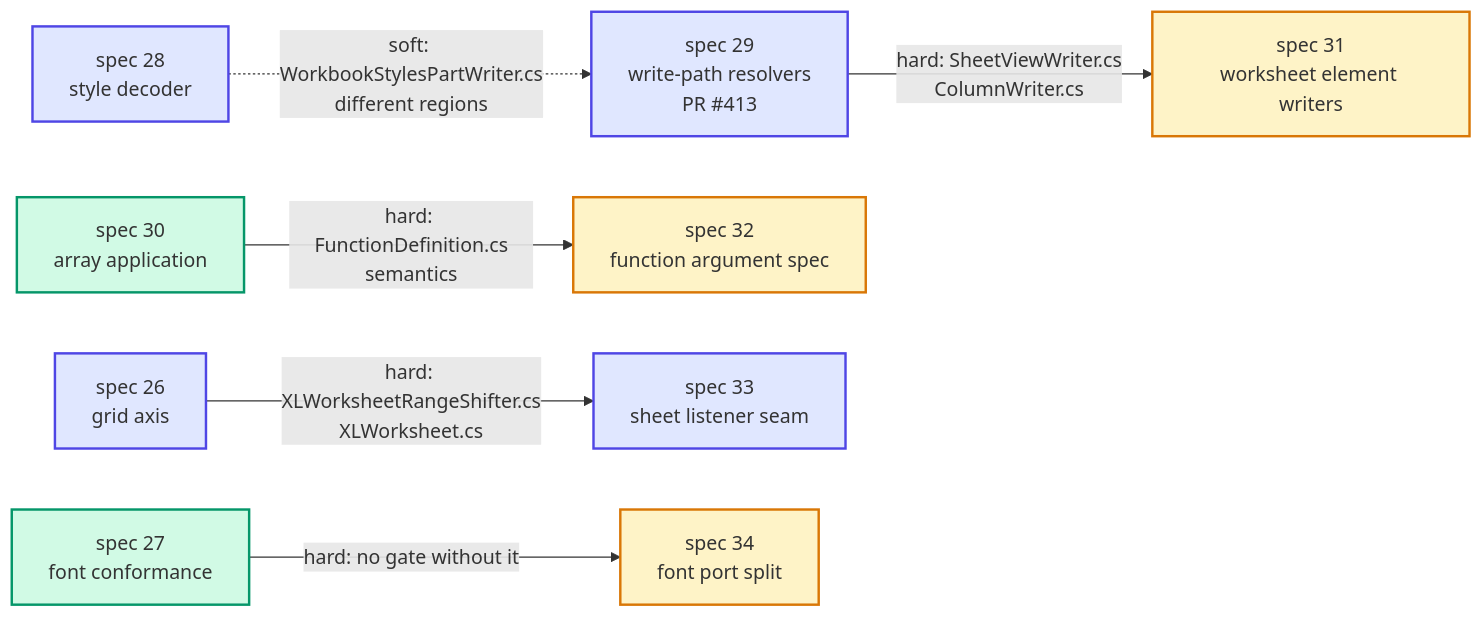
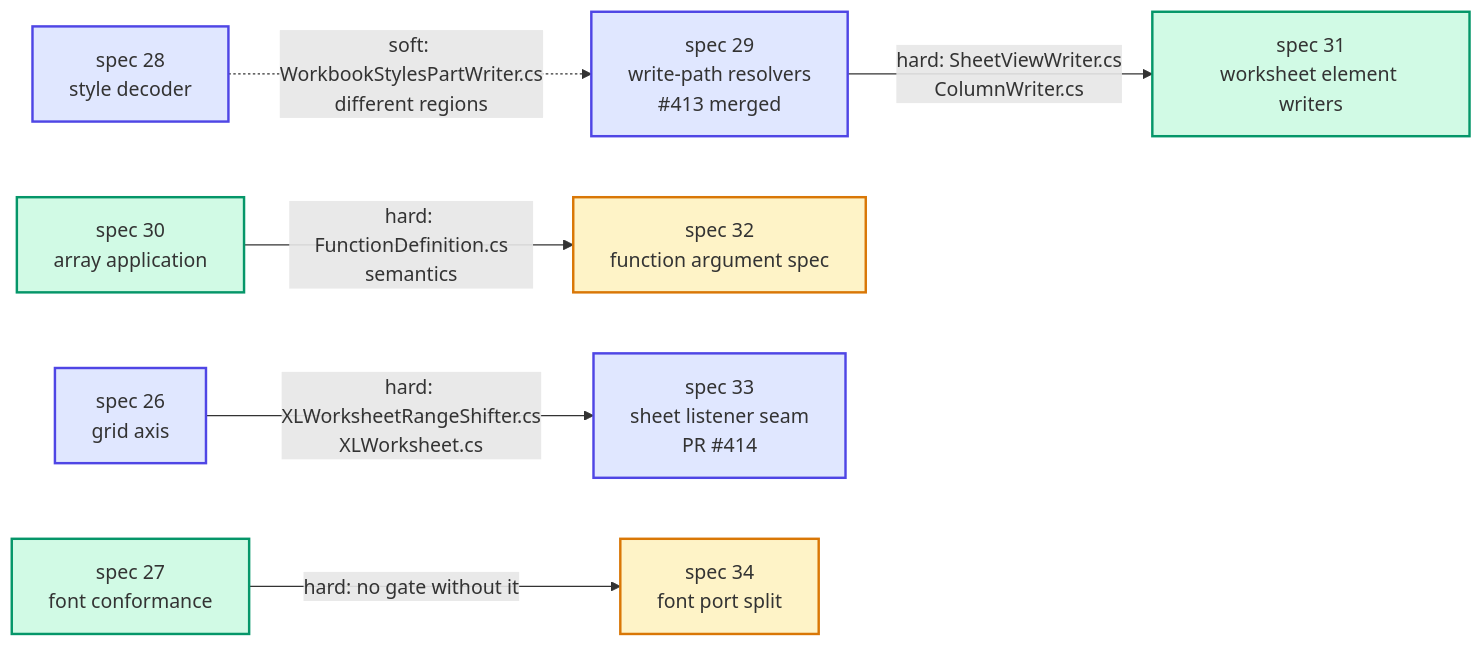
Before and after one commit to XLibur/XLibur: the diagram in docs/specs/TASKLIST-architecture-deepening-2.md, drawn with Mermaid. The commit also changed other lines of this file and 29 other files, not shown here.

First line of the commit message:
fix(shift): chart, note, pane and pivot table positions now move when rows or columns are inserted or deleted (#414)

````diff
--- a/docs/specs/TASKLIST-architecture-deepening-2.md
+++ b/docs/specs/TASKLIST-architecture-deepening-2.md
@@ -271,22 +272,22 @@
 ```mermaid
 flowchart LR
   S26["spec 26<br/>grid axis"]:::done
   S27["spec 27<br/>font conformance"]:::ready
   S28["spec 28<br/>style decoder"]:::done
-  S29["spec 29<br/>write-path resolvers<br/>PR #413"]:::done
+  S29["spec 29<br/>write-path resolvers<br/>#413 merged"]:::done
   S30["spec 30<br/>array application"]:::ready
-  S31["spec 31<br/>worksheet element writers"]:::blocked
+  S31["spec 31<br/>worksheet element writers"]:::ready
   S32["spec 32<br/>function argument spec"]:::blocked
-  S33["spec 33<br/>sheet listener seam"]:::done
+  S33["spec 33<br/>sheet listener seam<br/>PR #414"]:::done
   S34["spec 34<br/>font port split"]:::blocked
 
   S26 -->|"hard: XLWorksheetRangeShifter.cs<br/>XLWorksheet.cs"| S33
   S27 -->|"hard: no gate without it"| S34
   S29 -->|"hard: SheetViewWriter.cs<br/>ColumnWriter.cs"| S31
   S30 -->|"hard: FunctionDefinition.cs<br/>semantics"| S32
   S28 -.->|"soft: WorkbookStylesPartWriter.cs<br/>different regions"| S29
 
   classDef done fill:#e0e7ff,stroke:#4f46e5,stroke-width:2px;
   classDef ready fill:#d1fae5,stroke:#059669,stroke-width:2px;
   classDef blocked fill:#fef3c7,stroke:#d97706,stroke-width:2px;
 ```
````
